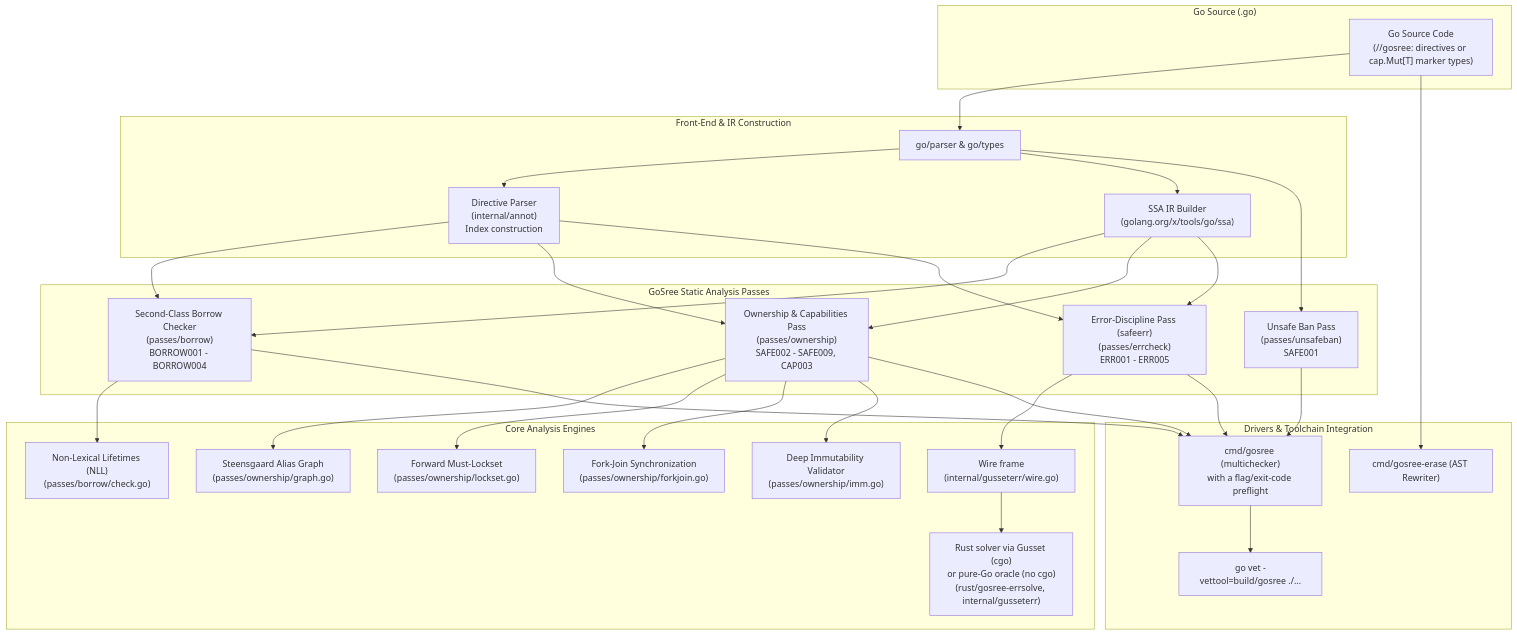
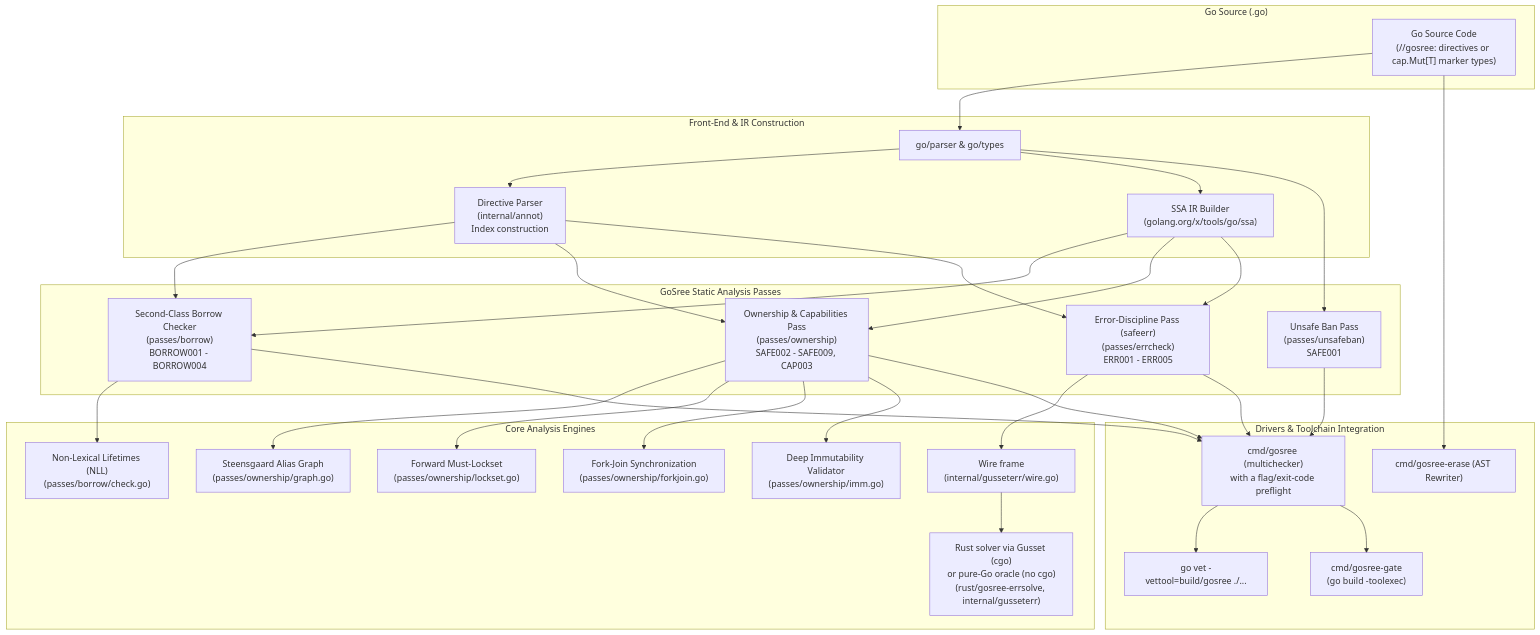
Before and after one commit to bharathvbcr/GoSree: the first of 4 diagrams in README.md, drawn with Mermaid. The commit also changed other lines of this file and 3 other files, not shown here.

First line of the commit message:
docs: document cmd/gosree-gate build gate and update README stress ledger

````diff
--- a/README.md
+++ b/README.md
@@ -48,61 +48,63 @@
 ```mermaid
 flowchart TD
     subgraph Input ["Go Source (.go)"]
         Src["Go Source Code\n(//gosree: directives or cap.Mut[T] marker types)"]
     end
 
     subgraph FrontEnd ["Front-End & IR Construction"]
         Parser["go/parser & go/types"]
         Annot["Directive Parser\n(internal/annot)\nIndex construction"]
         SSA["SSA IR Builder\n(golang.org/x/tools/go/ssa)"]
     end
 
     subgraph Passes ["GoSree Static Analysis Passes"]
         UnsafeBan["Unsafe Ban Pass\n(passes/unsafeban)\nSAFE001"]
         Borrow["Second-Class Borrow Checker\n(passes/borrow)\nBORROW001 - BORROW004"]
         Ownership["Ownership & Capabilities Pass\n(passes/ownership)\nSAFE002 - SAFE009, CAP003"]
         Errcheck["Error-Discipline Pass (safeerr)\n(passes/errcheck)\nERR001 - ERR005"]
     end
 
     subgraph Engines ["Core Analysis Engines"]
         Steensgaard["Steensgaard Alias Graph\n(passes/ownership/graph.go)"]
         NLL["Non-Lexical Lifetimes (NLL)\n(passes/borrow/check.go)"]
         Locksets["Forward Must-Lockset\n(passes/ownership/lockset.go)"]
         ForkJoin["Fork-Join Synchronization\n(passes/ownership/forkjoin.go)"]
         ImmValidator["Deep Immutability Validator\n(passes/ownership/imm.go)"]
         Wire["Wire frame\n(internal/gusseterr/wire.go)"]
         Solver["Rust solver via Gusset (cgo)\nor pure-Go oracle (no cgo)\n(rust/gosree-errsolve, internal/gusseterr)"]
     end
 
     subgraph Output ["Drivers & Toolchain Integration"]
         Driver["cmd/gosree (multichecker)\nwith a flag/exit-code preflight"]
         Vet["go vet -vettool=build/gosree ./..."]
+        Gate["cmd/gosree-gate\n(go build -toolexec)"]
         Eraser["cmd/gosree-erase (AST Rewriter)"]
     end
 
     Src --> Parser
     Parser --> Annot
     Parser --> SSA
     Annot --> Borrow
     Annot --> Ownership
     SSA --> Borrow
     SSA --> Ownership
     Parser --> UnsafeBan
     Annot --> Errcheck
     SSA --> Errcheck
     Errcheck --> Wire
     Wire --> Solver
 
     Borrow --> NLL
     Ownership --> Steensgaard
     Ownership --> Locksets
     Ownership --> ForkJoin
     Ownership --> ImmValidator
 
     UnsafeBan --> Driver
     Borrow --> Driver
     Ownership --> Driver
     Errcheck --> Driver
     Driver --> Vet
+    Driver --> Gate
     Src --> Eraser
 ```
````
